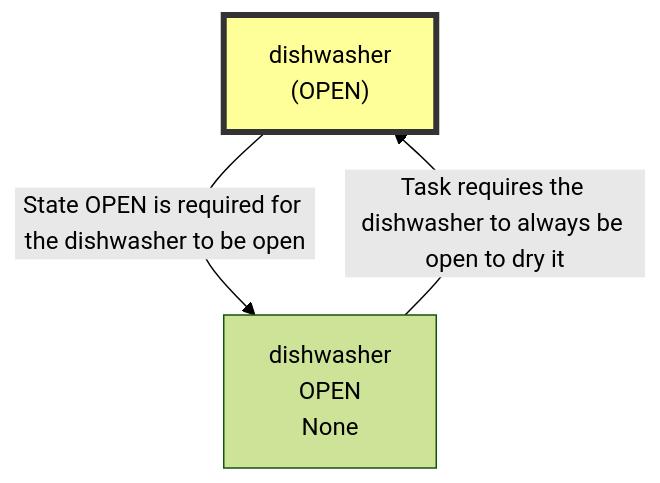
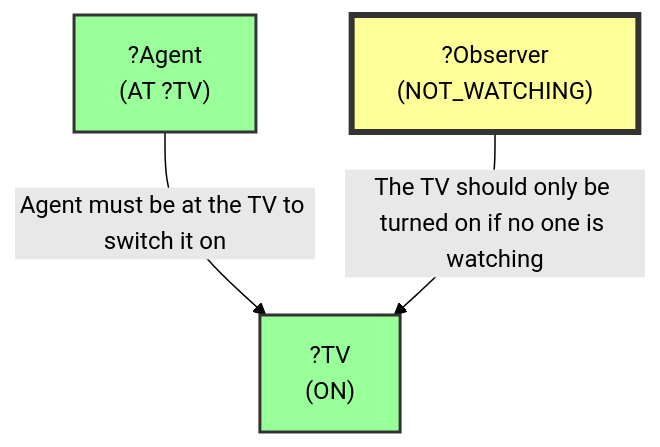
One commit to scuama/virtualhome changed the seventh of 10 diagrams in evaluation/results/table2/robostate/non_stationarity/high/E_DYN_G02_S3_high/run_E_DYN_G02_S3_high.md. Above: the diagram before and after it, drawn with Mermaid (forest theme). The commit also changed other lines of this file and 108 other files, not shown here.

````diff
--- a/evaluation/results/table2/robostate/non_stationarity/high/E_DYN_G02_S3_high/run_E_DYN_G02_S3_high.md
+++ b/evaluation/results/table2/robostate/non_stationarity/high/E_DYN_G02_S3_high/run_E_DYN_G02_S3_high.md
@@ -671,8 +495,11 @@
 ```mermaid
 graph TD
-    N1["dishwasher<br>(OPEN)"]
-    style N1 fill:#ff9,stroke:#333,stroke-width:4px
-    N2["dishwasher<br>OPEN<br>None"]
-    N1 -->|"State OPEN is required for the dishwasher to be open"| N2
-    N2 -->|"Task requires the dishwasher to always be open to dry it"| N1
+    N1["?TV<br>(ON)"]
+    style N1 fill:#9f9,stroke:#333,stroke-width:2px
+    N2["?Observer<br>(NOT_WATCHING)"]
+    style N2 fill:#ff9,stroke:#333,stroke-width:4px
+    N3["?Agent<br>(AT ?TV)"]
+    style N3 fill:#9f9,stroke:#333,stroke-width:2px
+    N3 -->|"Agent must be at the TV to switch it on"| N1
+    N2 -->|"The TV should only be turned on if no one is watching"| N1
 ```
````
